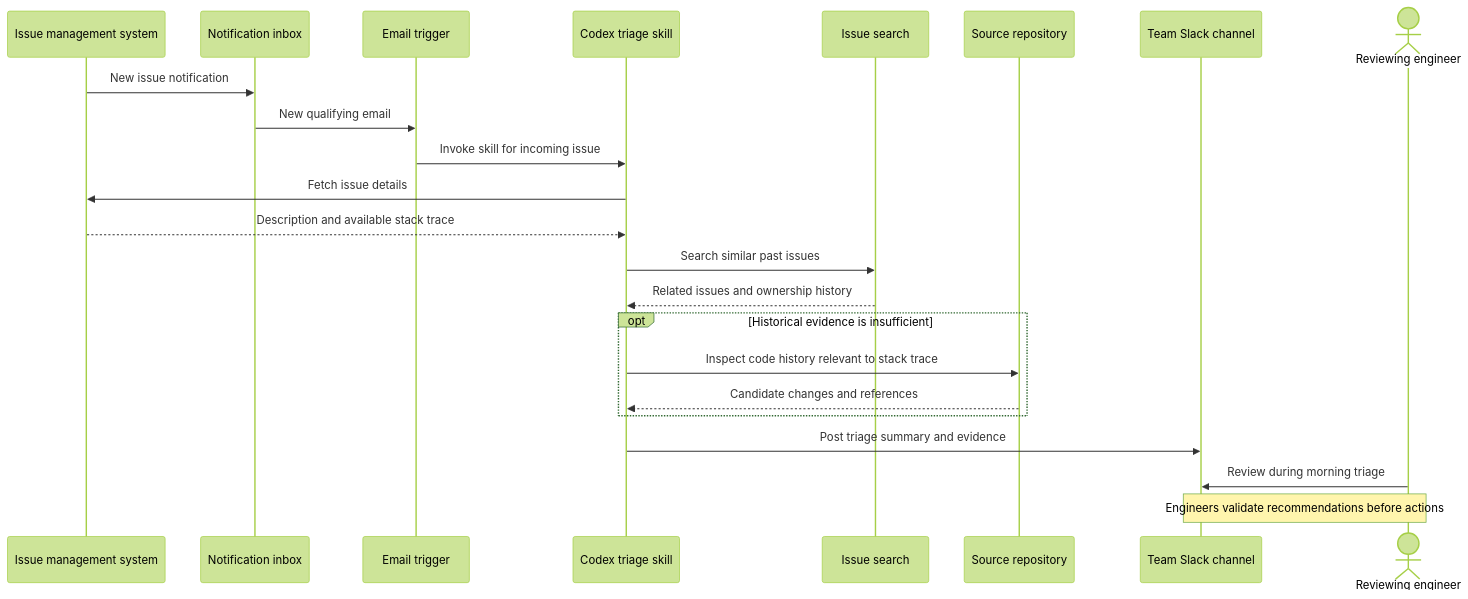
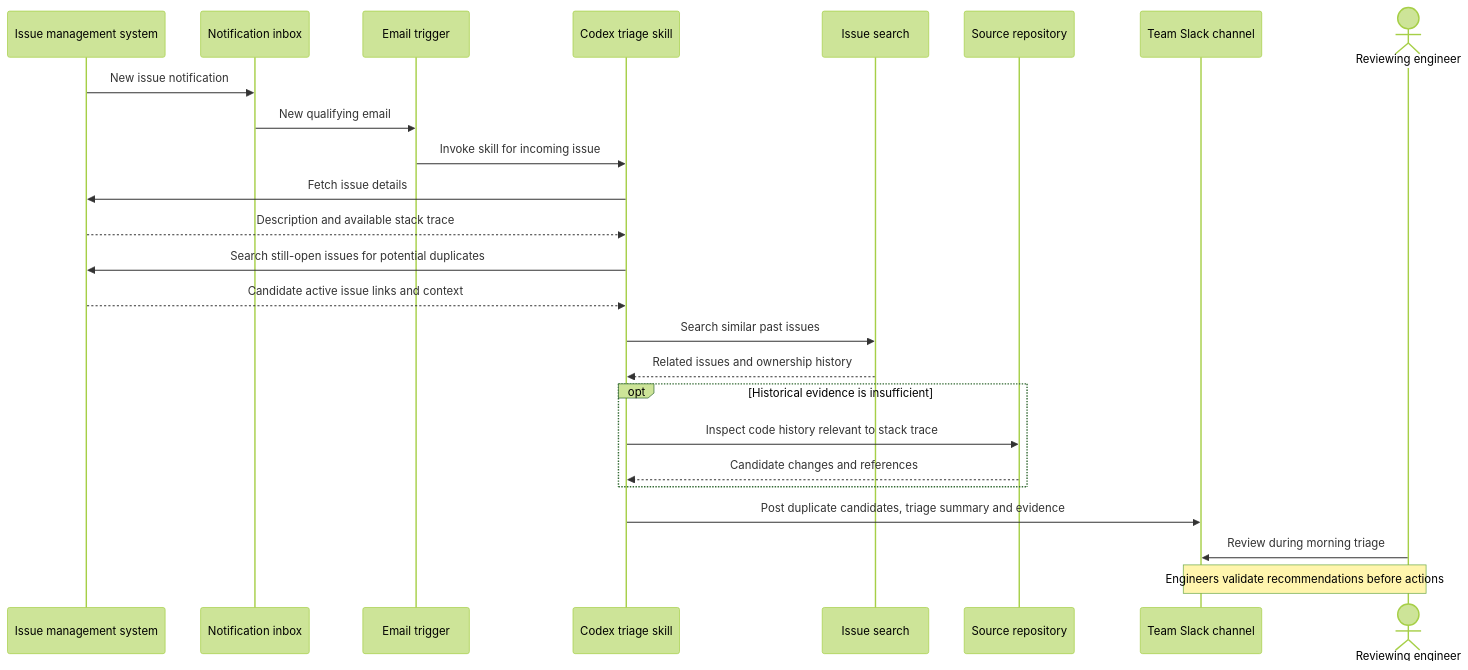
One commit to yrshenoy/IssuePilot changed the diagram in docs/diagrams/03-v1-interaction-sequence.mmd. Above: the diagram before and after it, drawn with Mermaid (forest theme).

Commit message:
docs: include live issue duplicate detection in V1

```diff
--- a/docs/diagrams/03-v1-interaction-sequence.mmd
+++ b/docs/diagrams/03-v1-interaction-sequence.mmd
@@ -1,23 +1,25 @@
 sequenceDiagram
     participant Issue as Issue management system
     participant Mail as Notification inbox
     participant Trigger as Email trigger
     participant Codex as Codex triage skill
     participant History as Issue search
     participant Repo as Source repository
     participant Slack as Team Slack channel
     actor Engineer as Reviewing engineer
     Issue->>Mail: New issue notification
     Mail->>Trigger: New qualifying email
     Trigger->>Codex: Invoke skill for incoming issue
     Codex->>Issue: Fetch issue details
     Issue-->>Codex: Description and available stack trace
+    Codex->>Issue: Search still-open issues for potential duplicates
+    Issue-->>Codex: Candidate active issue links and context
     Codex->>History: Search similar past issues
     History-->>Codex: Related issues and ownership history
     opt Historical evidence is insufficient
         Codex->>Repo: Inspect code history relevant to stack trace
         Repo-->>Codex: Candidate changes and references
     end
-    Codex->>Slack: Post triage summary and evidence
+    Codex->>Slack: Post duplicate candidates, triage summary and evidence
     Engineer->>Slack: Review during morning triage
     Note over Engineer,Slack: Engineers validate recommendations before actions
```
